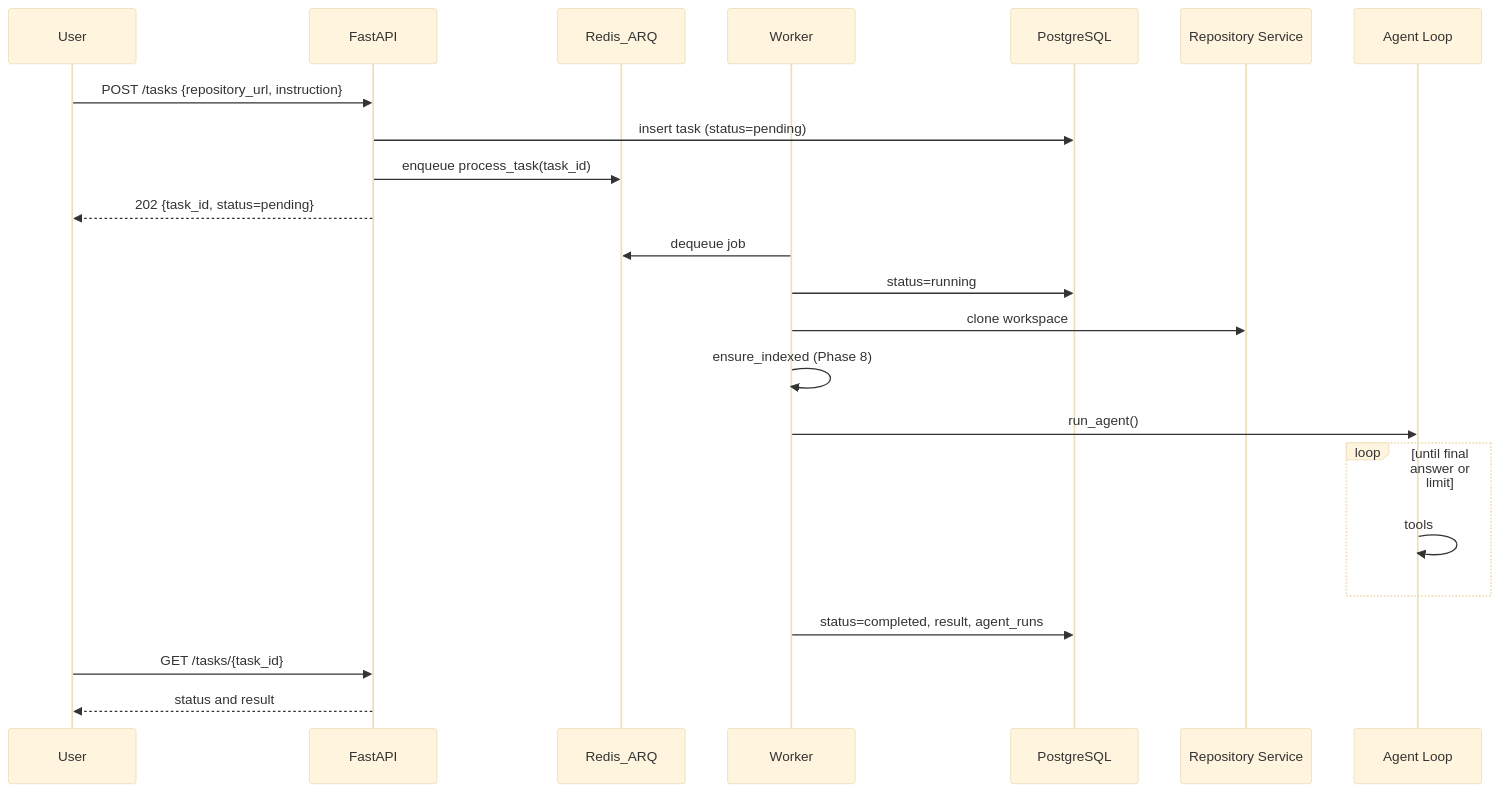
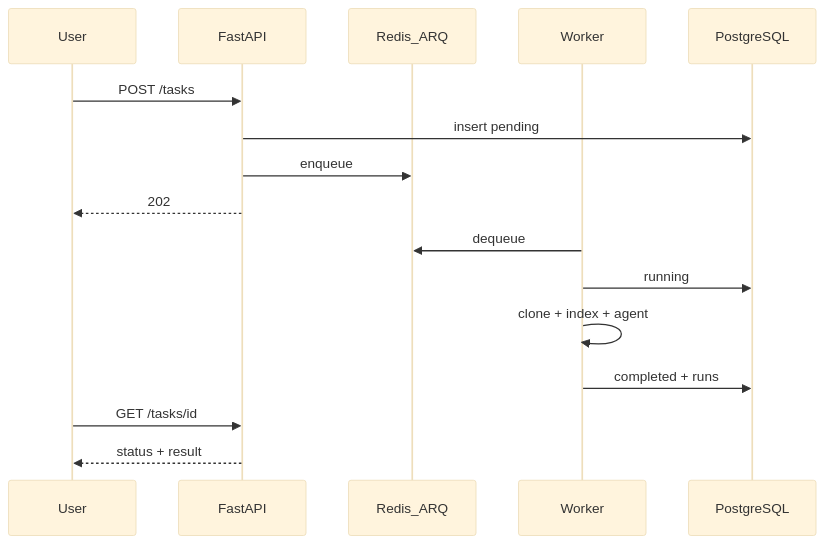
One commit to eli22443/ai-agent-platform changed the second of 3 diagrams in docs/architecture.md. Above: the diagram before and after it, drawn with Mermaid (base theme). The commit also changed other lines of this file and 17 other files, not shown here.

````diff
--- a/docs/architecture.md
+++ b/docs/architecture.md
@@ -156,26 +81,19 @@
 ```mermaid
 sequenceDiagram
     participant User
     participant API as FastAPI
     participant Q as Redis_ARQ
     participant W as Worker
     participant DB as PostgreSQL
-    participant R as Repository Service
-    participant A as Agent Loop
 
-    User->>API: POST /tasks {repository_url, instruction}
-    API->>DB: insert task (status=pending)
-    API->>Q: enqueue process_task(task_id)
-    API-->>User: 202 {task_id, status=pending}
-    W->>Q: dequeue job
-    W->>DB: status=running
-    W->>R: clone workspace
-    W->>W: ensure_indexed (Phase 8)
-    W->>A: run_agent()
-    loop until final answer or limit
-        A->>A: tools
-    end
-    W->>DB: status=completed, result, agent_runs
-    User->>API: GET /tasks/{task_id}
-    API-->>User: status and result
+    User->>API: POST /tasks
+    API->>DB: insert pending
+    API->>Q: enqueue
+    API-->>User: 202
+    W->>Q: dequeue
+    W->>DB: running
+    W->>W: clone + index + agent
+    W->>DB: completed + runs
+    User->>API: GET /tasks/id
+    API-->>User: status + result
 ```
````
